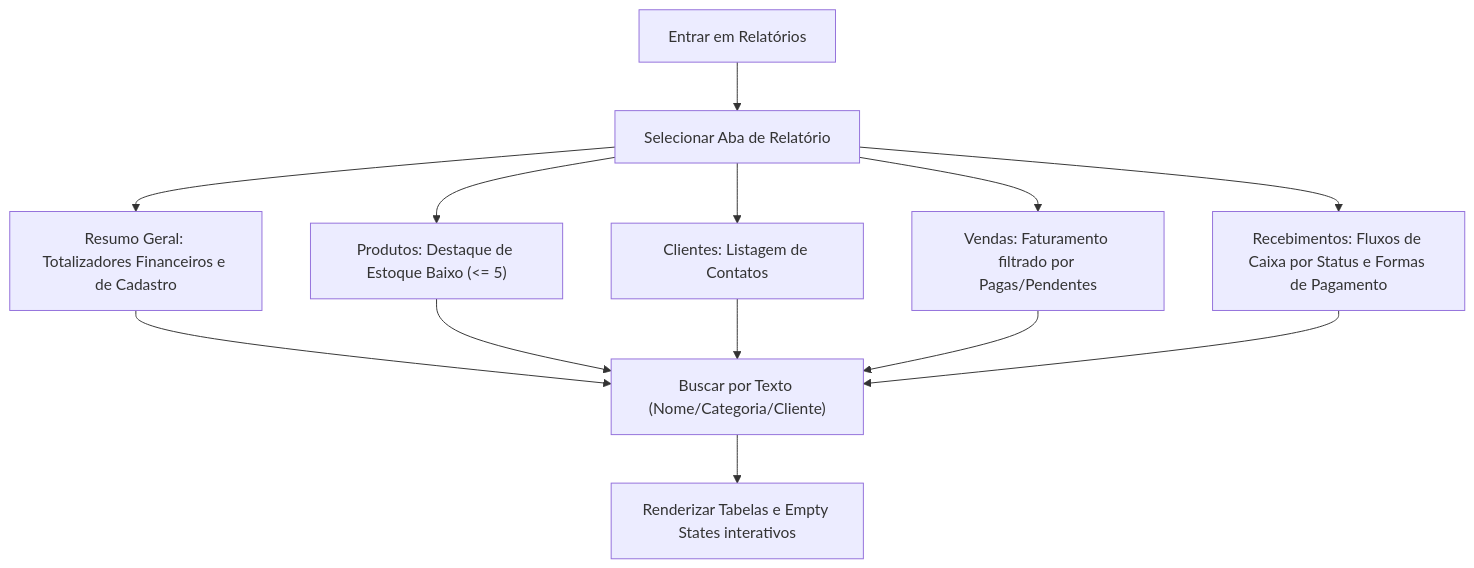
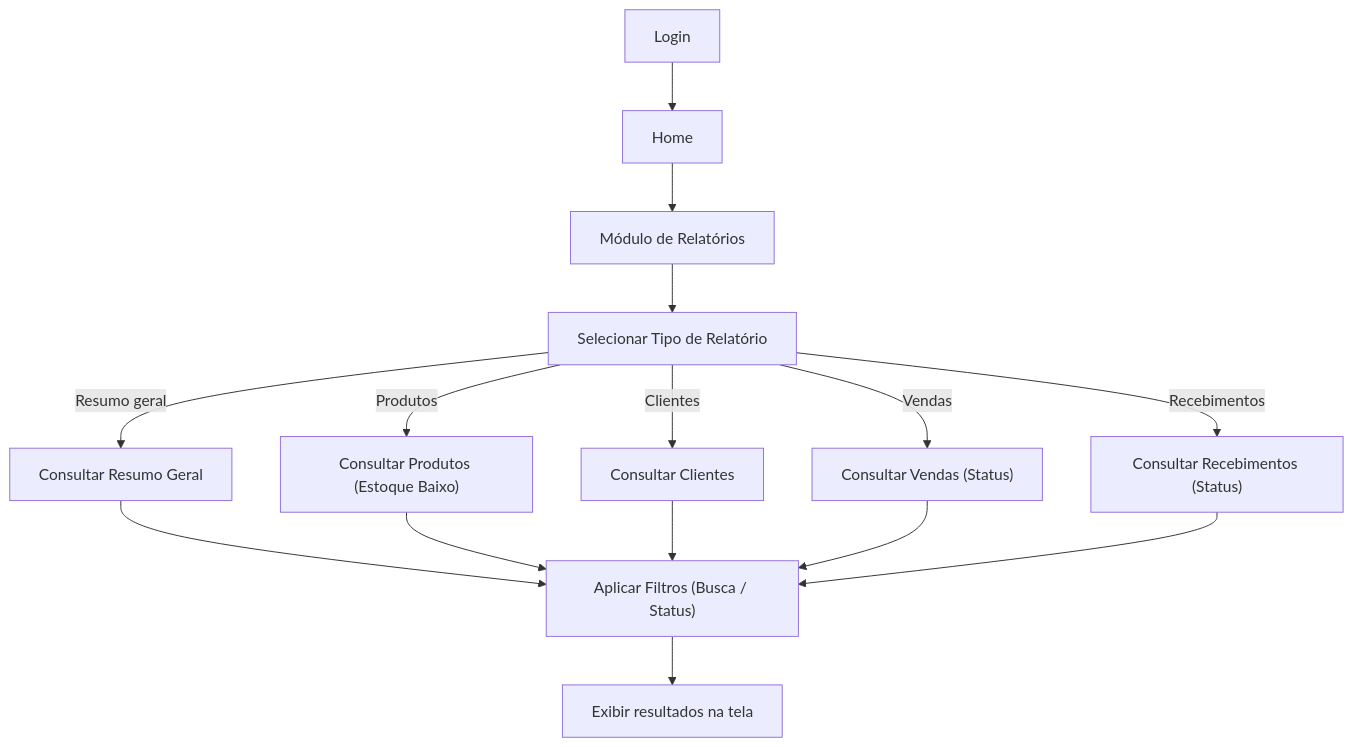
Before and after one commit to EduardoHenrrykSimonato/sistema-gestao-comercial: diagram 11 of 11 in README.md, drawn with Mermaid. The commit also changed other lines of this file and 3 other files, not shown here.

Commit message:
docs: auditoria e sincronizacao de todos os diagramas Mermaid do projeto

````diff
--- a/README.md
+++ b/README.md
@@ -388,11 +523,15 @@
 ```mermaid
 flowchart TD
-    Relatorios["Entrar em Relatórios"] --> SelTipo["Selecionar Aba de Relatório"]
-    SelTipo --> ResumoGeral["Resumo Geral: Totalizadores Financeiros e de Cadastro"]
-    SelTipo --> RelProdutos["Produtos: Destaque de Estoque Baixo (<= 5)"]
-    SelTipo --> RelClientes["Clientes: Listagem de Contatos"]
-    SelTipo --> RelVendas["Vendas: Faturamento filtrado por Pagas/Pendentes"]
-    SelTipo --> RelReceber["Recebimentos: Fluxos de Caixa por Status e Formas de Pagamento"]
-    ResumoGeral & RelProdutos & RelClientes & RelVendas & RelReceber --> Filter["Buscar por Texto (Nome/Categoria/Cliente)"]
-    Filter --> Render["Renderizar Tabelas e Empty States interativos"]
+    Login["Login"] --> Home["Home"]
+    Home --> Relatorios["Módulo de Relatórios"]
+    Relatorios --> SelTipo["Selecionar Tipo de Relatório"]
+    
+    SelTipo --> |"Resumo geral"| QueryRes["Consultar Resumo Geral"]
+    SelTipo --> |"Produtos"| QueryProd["Consultar Produtos (Estoque Baixo)"]
+    SelTipo --> |"Clientes"| QueryCli["Consultar Clientes"]
+    SelTipo --> |"Vendas"| QueryVen["Consultar Vendas (Status)"]
+    SelTipo --> |"Recebimentos"| QueryRec["Consultar Recebimentos (Status)"]
+    
+    QueryRes & QueryProd & QueryCli & QueryVen & QueryRec --> Filter["Aplicar Filtros (Busca / Status)"]
+    Filter --> Render["Exibir resultados na tela"]
 ```
````
